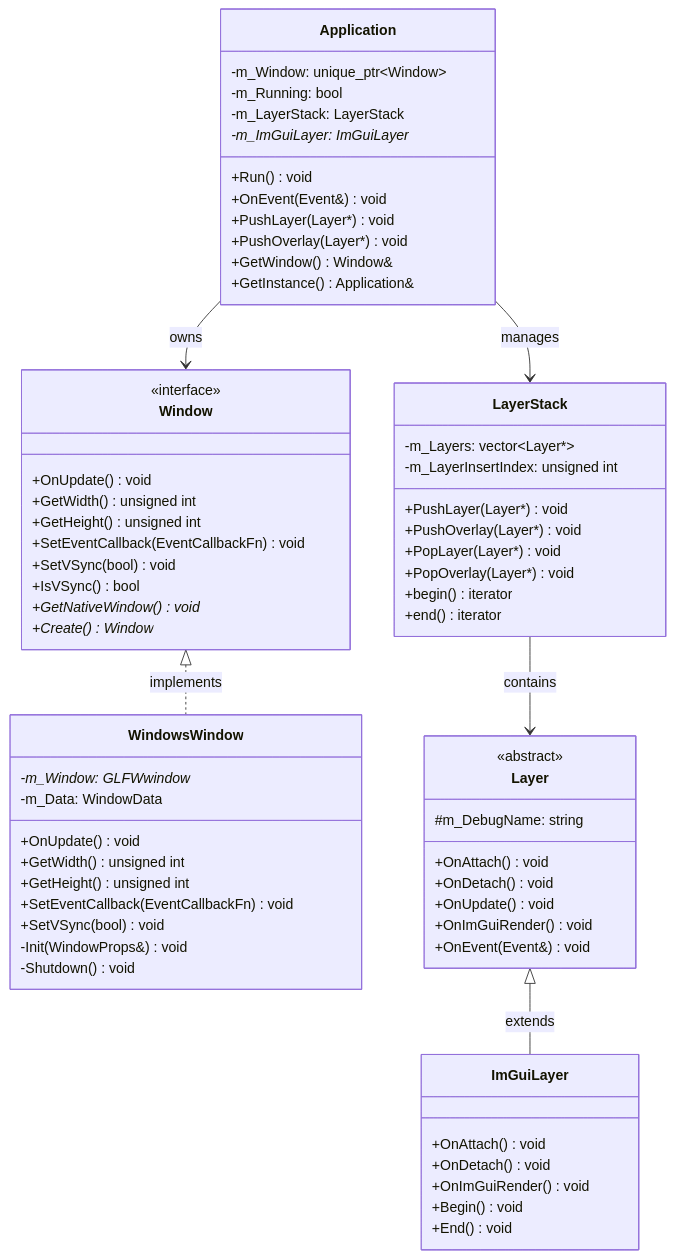
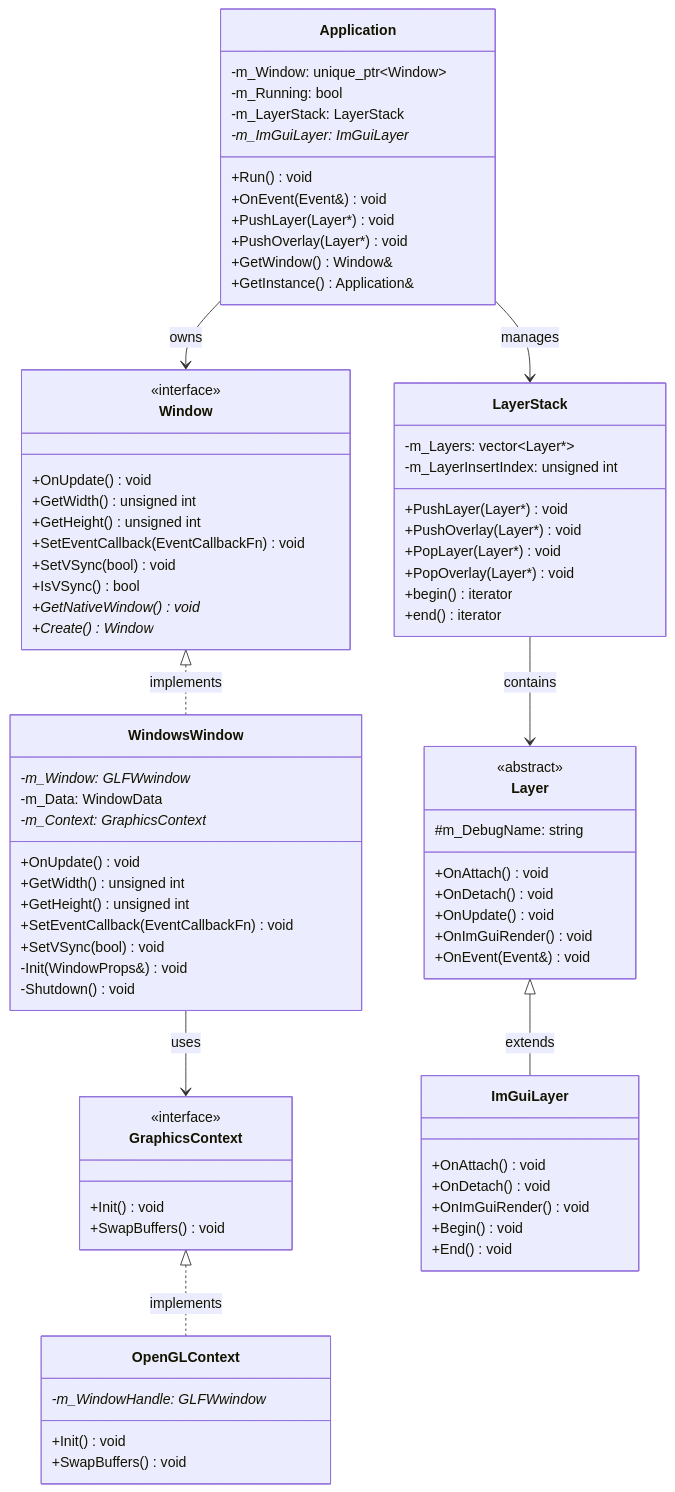
One commit to geon2419/Hazel changed the eighth of 10 diagrams in docs/ARCHITECTURE_MERMAID.md. Above: the diagram before and after it, drawn with Mermaid. The commit also changed other lines of this file and 8 other files, not shown here.

First line of the commit message:
feat: implement OpenGLContext based on GraphicsContext (#12)

````diff
--- a/docs/ARCHITECTURE_MERMAID.md
+++ b/docs/ARCHITECTURE_MERMAID.md
@@ -262,6 +269,7 @@
     class WindowsWindow {
         -m_Window: GLFWwindow*
         -m_Data: WindowData
+        -m_Context: GraphicsContext*
         +OnUpdate() void
         +GetWidth() unsigned int
         +GetHeight() unsigned int
@@ -269,6 +277,18 @@
         +SetVSync(bool) void
         -Init(WindowProps&) void
         -Shutdown() void
+    }
+
+    class GraphicsContext {
+        <<interface>>
+        +Init() void
+        +SwapBuffers() void
+    }
+
+    class OpenGLContext {
+        -m_WindowHandle: GLFWwindow*
+        +Init() void
+        +SwapBuffers() void
     }
     
     class Layer {
@@ -303,6 +323,8 @@
     Application --> Window : owns
     Application --> LayerStack : manages
     Window <|.. WindowsWindow : implements
+    WindowsWindow --> GraphicsContext : uses
+    GraphicsContext <|.. OpenGLContext : implements
     Layer <|-- ImGuiLayer : extends
     LayerStack --> Layer : contains
 ```
````
